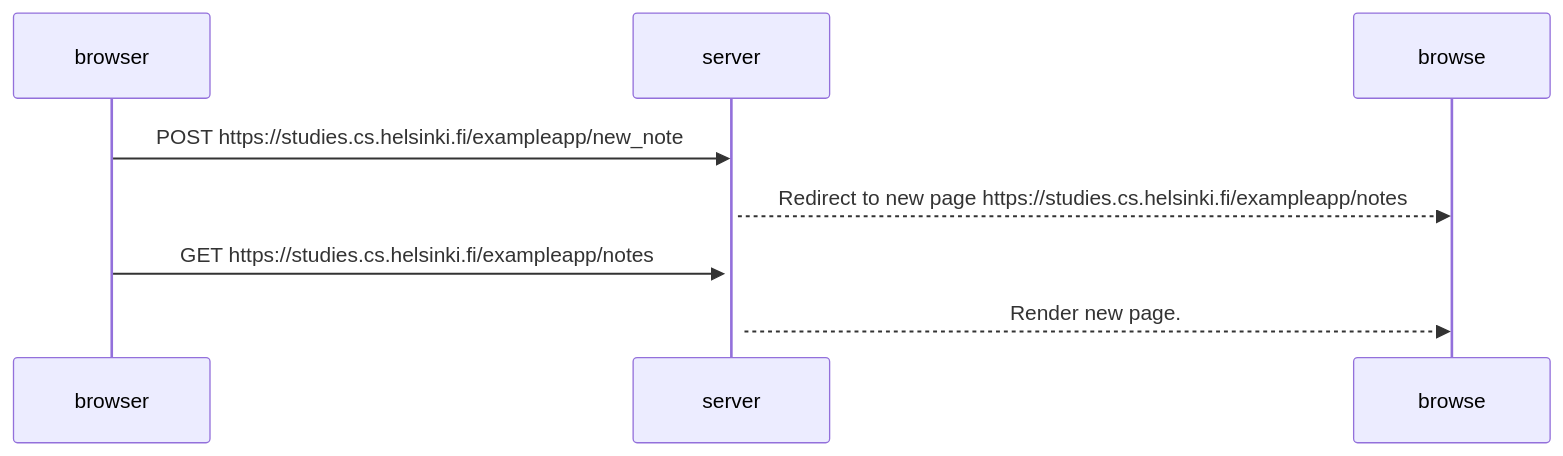
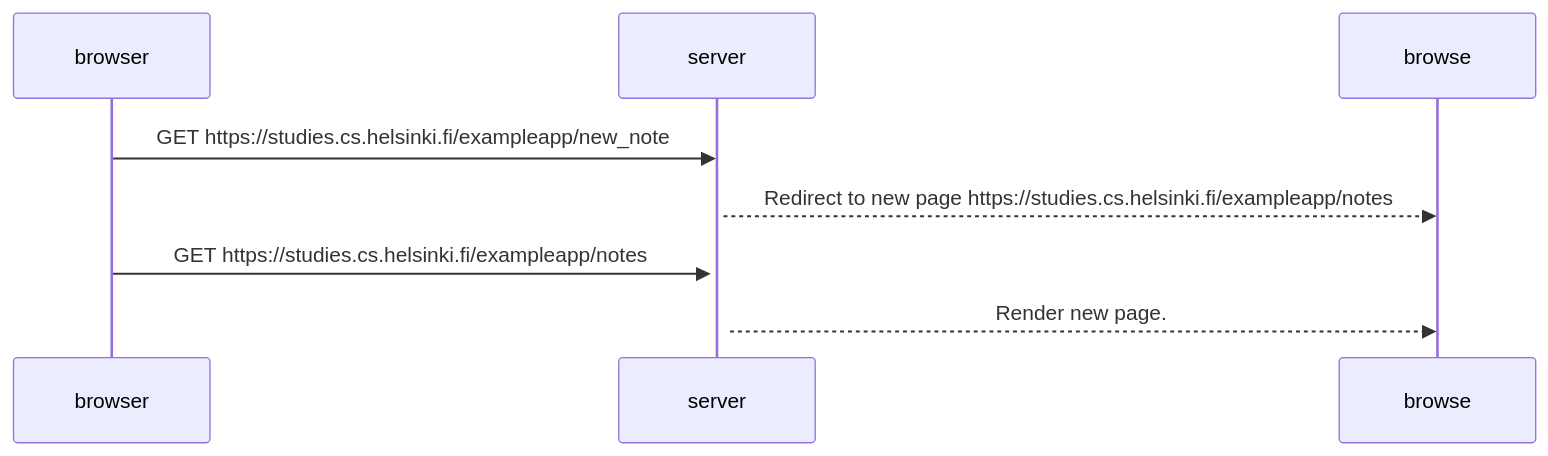
The first of 2 diagrams in part0/0_4.md (fadeldamen/fullstackopen.com), drawn with Mermaid before and after one commit.

````diff
--- a/part0/0_4.md
+++ b/part0/0_4.md
@@ -1,14 +1,14 @@
 ```mermaid
 sequenceDiagram
     participant browser
     participant server
 
-    browser->>server: POST https://studies.cs.helsinki.fi/exampleapp/new_note
+    browser->>server: GET https://studies.cs.helsinki.fi/exampleapp/new_note
     activate server
     server-->>browse: Redirect to new page https://studies.cs.helsinki.fi/exampleapp/notes
 
     browser->>server: GET  https://studies.cs.helsinki.fi/exampleapp/notes
     activate server
     server-->>browse: Render new page. 
 
 ```
````
